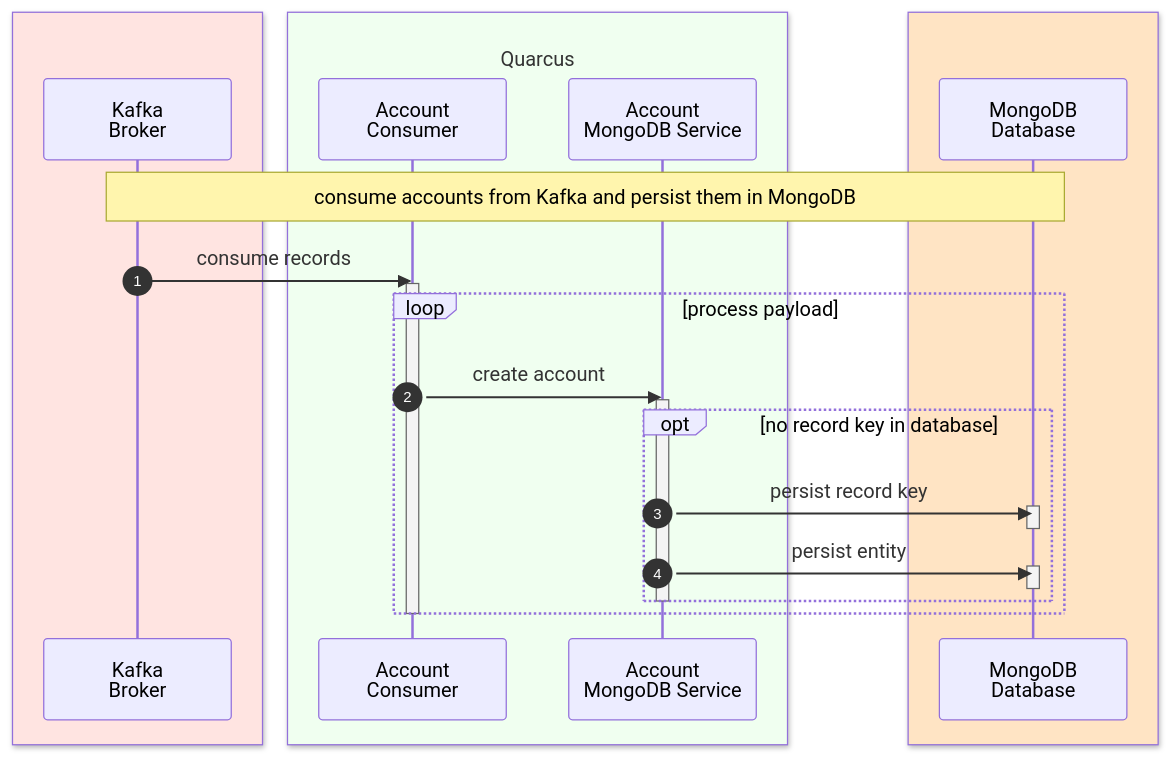
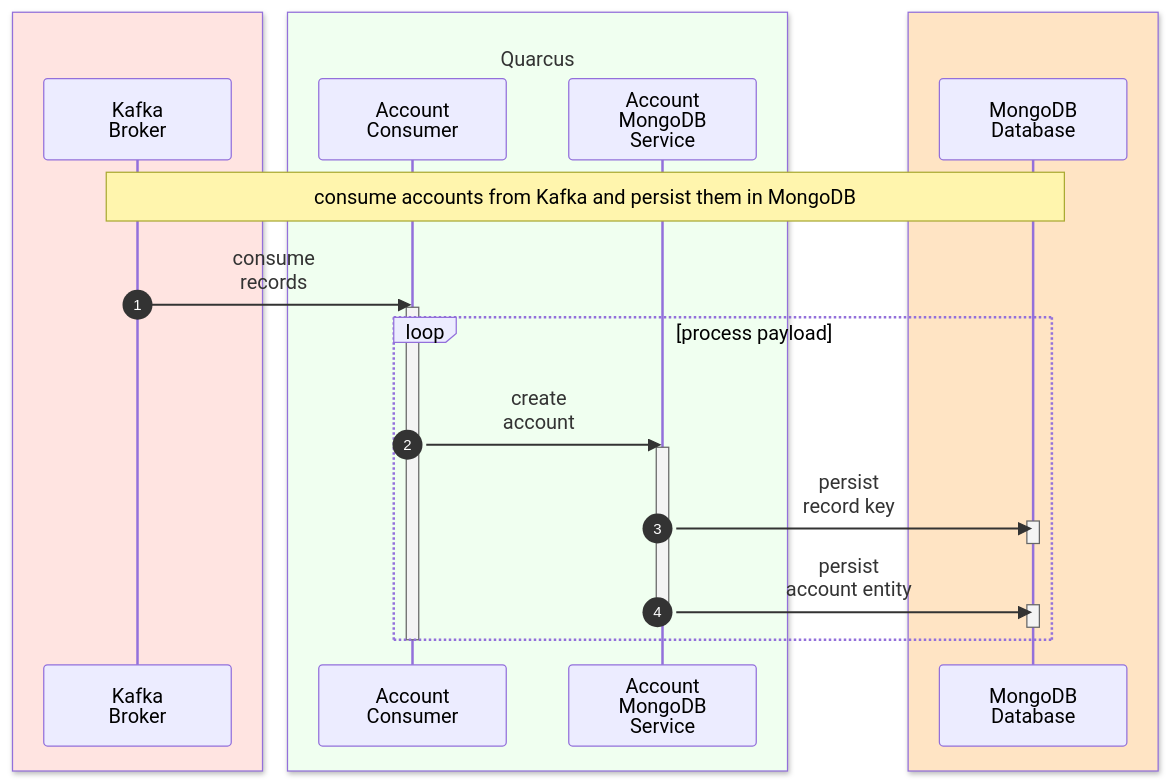
Before and after one commit to k1729p/Study22: the first of 3 diagrams in docs/mermaid/sequenceDiagram.md, drawn with Mermaid. The commit also changed 225 other files, not shown here.

````diff
--- a/docs/mermaid/sequenceDiagram.md
+++ b/docs/mermaid/sequenceDiagram.md
@@ -1,32 +1,30 @@
 ```mermaid
 sequenceDiagram
 autonumber
 box mistyrose 
  participant KB as Kafka<br/>Broker
 end
 box honeydew <br/>Quarcus
- participant KC as Account<br/>Consumer
- participant MS as Account<br/>MongoDB Service
+ participant KC as Account<br>Consumer
+ participant MS as Account<br>MongoDB<br>Service
 end
 box bisque
  participant MDB as MongoDB<br/>Database
 end
 
 Note over KB,MDB: consume accounts from Kafka and persist them in MongoDB
-KB ->> KC: consume records
+KB ->> KC: consume<br>records
 activate KC
 loop process payload
-   KC ->> MS: create account
+   KC ->> MS: create<br>account
    activate MS
-   opt no record key in database
-   MS ->> MDB: persist record key
+   MS ->> MDB: persist<br>record key
    activate MDB
    deactivate MDB
-   MS ->> MDB: persist entity
+   MS ->> MDB: persist<br>account entity
    activate MDB
    deactivate MDB
-   end
    deactivate MS
 end
 deactivate KC
 ```
````
